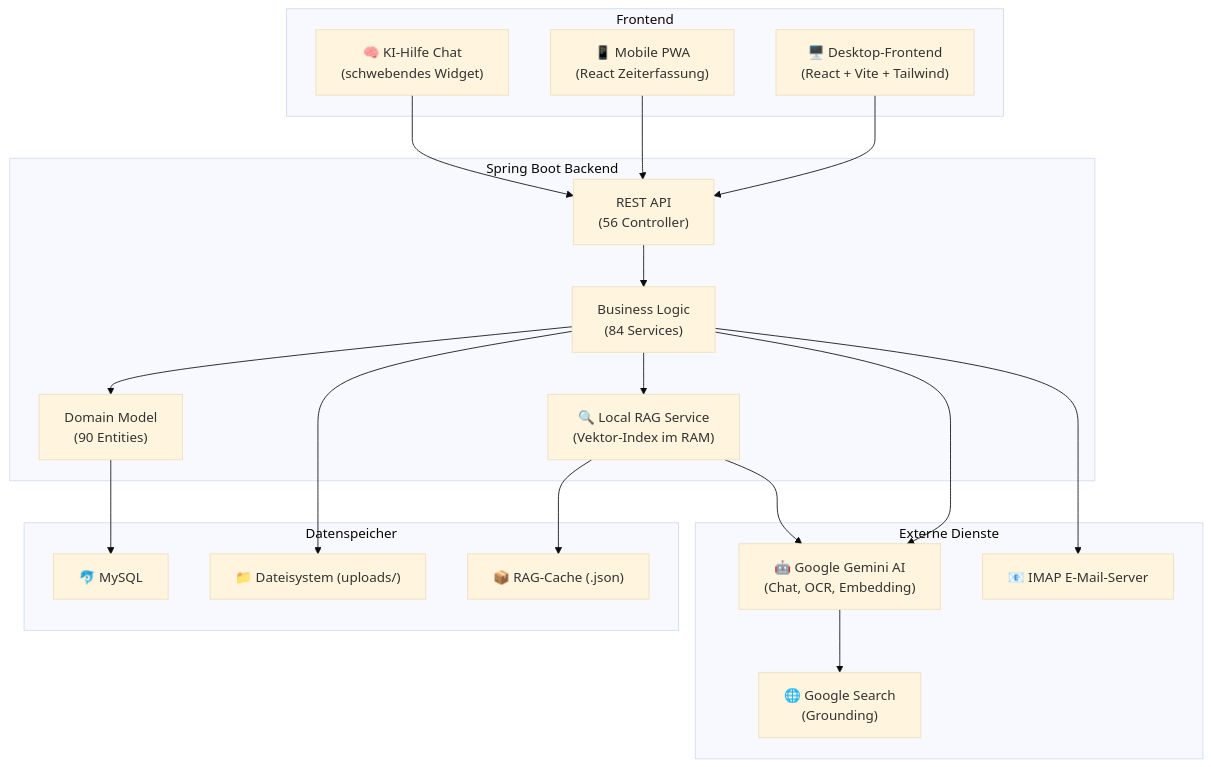
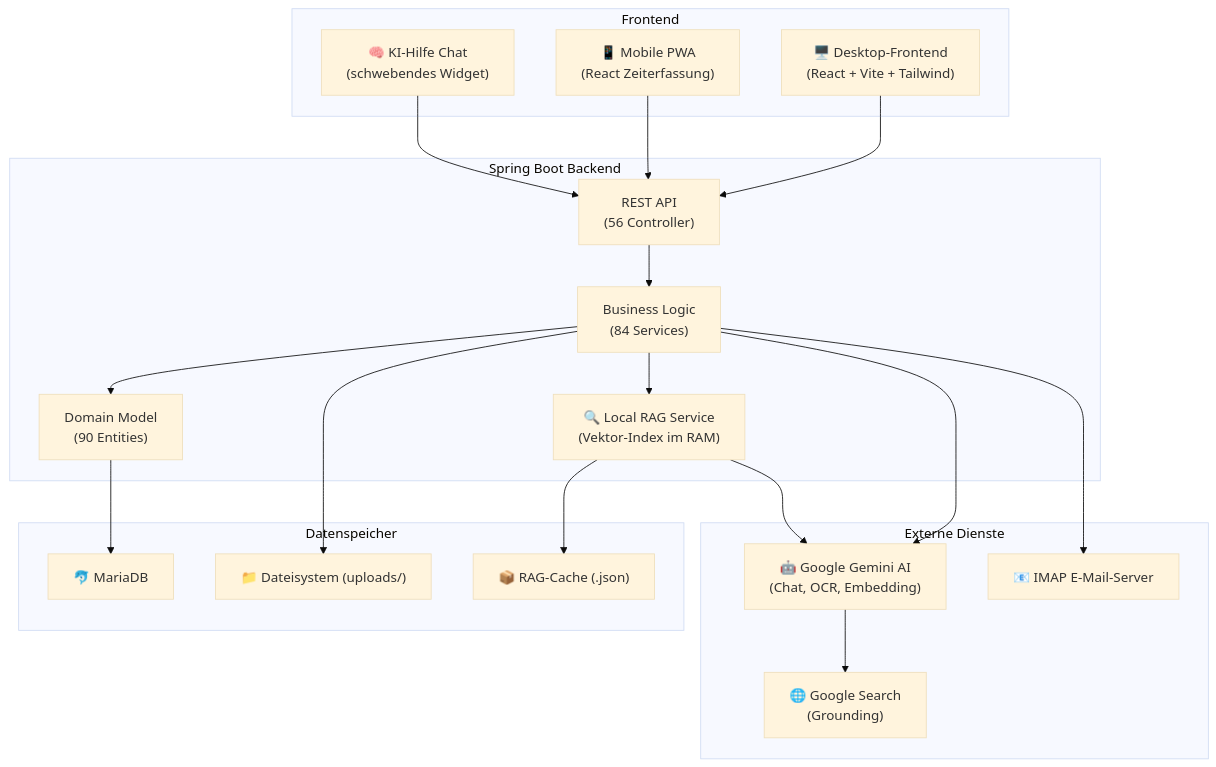
One commit to Winfo2024Kuhn/ERP-System-fuer-Handwerksbetriebe changed the diagram in README.md. Above: the diagram before and after it, drawn with Mermaid (base theme). The commit also changed other lines of this file and 46 other files, not shown here.

````diff
--- a/README.md
+++ b/README.md
@@ -199,41 +199,41 @@
 ```mermaid
 graph TB
     subgraph Frontend
         PC["🖥️ Desktop-Frontend<br/>(React + Vite + Tailwind)"]
         Mobile["📱 Mobile PWA<br/>(React Zeiterfassung)"]
         KI["🧠 KI-Hilfe Chat<br/>(schwebendes Widget)"]
     end
 
     subgraph Backend["Spring Boot Backend"]
         API["REST API<br/>(56 Controller)"]
         Services["Business Logic<br/>(84 Services)"]
         Domain["Domain Model<br/>(90 Entities)"]
         RAG["🔍 Local RAG Service<br/>(Vektor-Index im RAM)"]
     end
 
     subgraph Extern["Externe Dienste"]
         AI["🤖 Google Gemini AI<br/>(Chat, OCR, Embedding)"]
         Search["🌐 Google Search<br/>(Grounding)"]
         IMAP["📧 IMAP E-Mail-Server"]
     end
 
     subgraph Daten["Datenspeicher"]
-        MySQL["🐬 MySQL"]
+        MariaDB["🐬 MariaDB"]
         FS["📁 Dateisystem (uploads/)"]
         Cache["📦 RAG-Cache (.json)"]
     end
 
     PC --> API
     Mobile --> API
     KI --> API
     API --> Services
     Services --> Domain
-    Domain --> MySQL
+    Domain --> MariaDB
     Services --> FS
     Services --> AI
     Services --> IMAP
     RAG --> AI
     RAG --> Cache
     Services --> RAG
     AI --> Search
 ```
````
